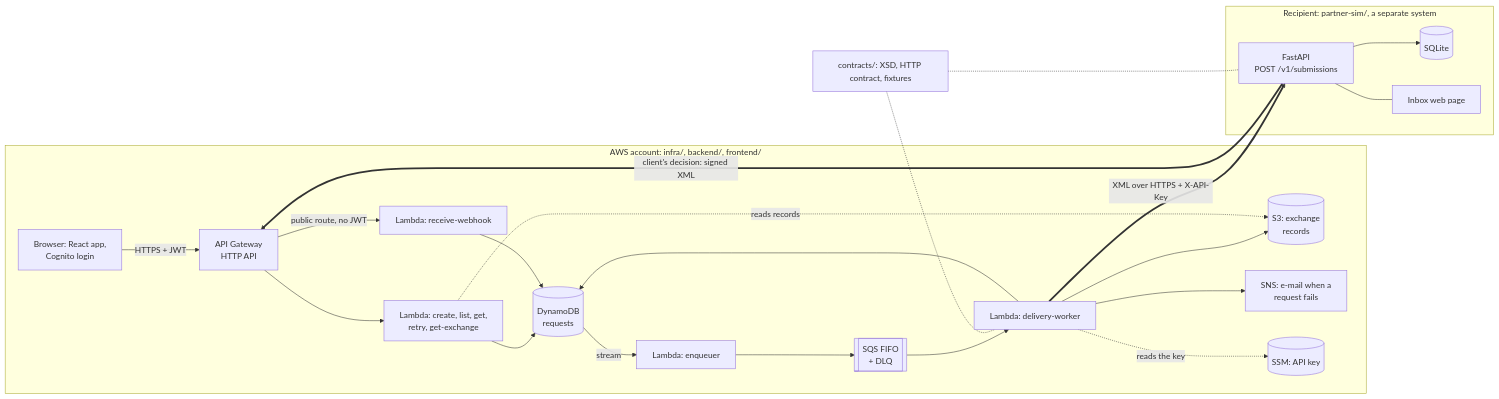
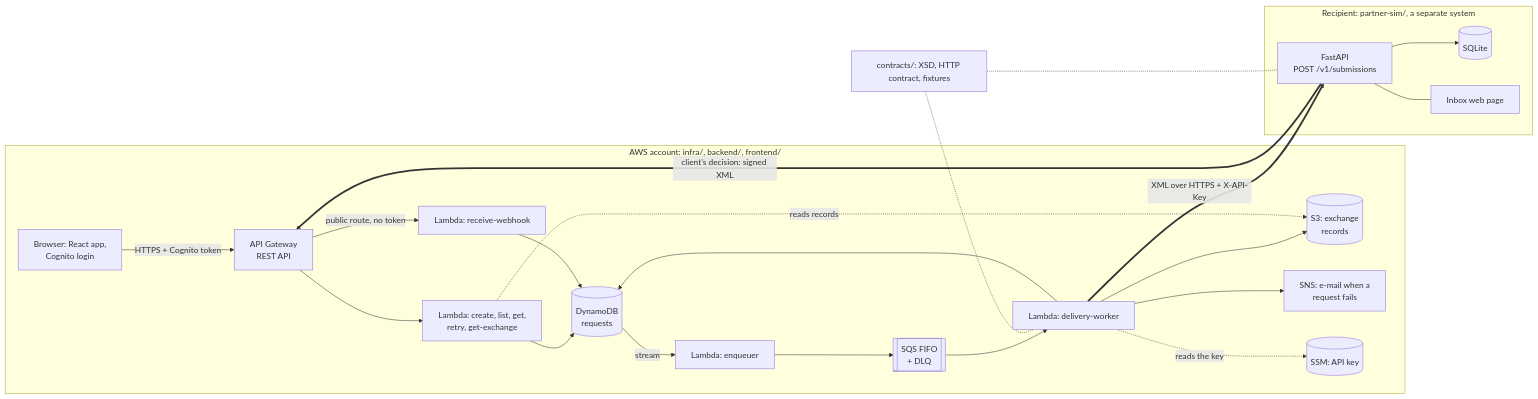
The first of 2 diagrams in README.md (Shlykoff/aws-starter), drawn with Mermaid before and after one commit. The commit also changed other lines of this file and 36 other files, not shown here.

````diff
--- a/README.md
+++ b/README.md
@@ -17,27 +17,27 @@
 ```mermaid
 flowchart LR
   subgraph AWS["AWS account: infra/, backend/, frontend/"]
-    B["Browser: React app,<br/>Cognito login"] -->|"HTTPS + JWT"| API["API Gateway<br/>HTTP API"]
+    B["Browser: React app,<br/>Cognito login"] -->|"HTTPS + Cognito token"| API["API Gateway<br/>REST API"]
     API --> F["Lambda: create, list, get,<br/>retry, get-exchange"]
     F --> T[("DynamoDB<br/>requests")]
     T -->|"stream"| E["Lambda: enqueuer"]
     E --> Q[["SQS FIFO<br/>+ DLQ"]]
     Q --> W["Lambda: delivery-worker"]
     W --> T
     W --> S[("S3: exchange<br/>records")]
     W --> N["SNS: e-mail when a<br/>request fails"]
     W -.->|"reads the key"| K[("SSM: API key")]
     F -.->|"reads records"| S
-    API -->|"public route, no JWT"| H["Lambda: receive-webhook"]
+    API -->|"public route, no token"| H["Lambda: receive-webhook"]
     H --> T
   end
   subgraph REC["Recipient: partner-sim/, a separate system"]
     P["FastAPI<br/>POST /v1/submissions"] --> D[("SQLite")]
     P --- I["Inbox web page"]
   end
   W ==>|"XML over HTTPS + X-API-Key"| P
   P ==>|"client's decision: signed XML"| API
   C["contracts/: XSD, HTTP contract, fixtures"]
   C -.- W
   C -.- P
 ```
````
